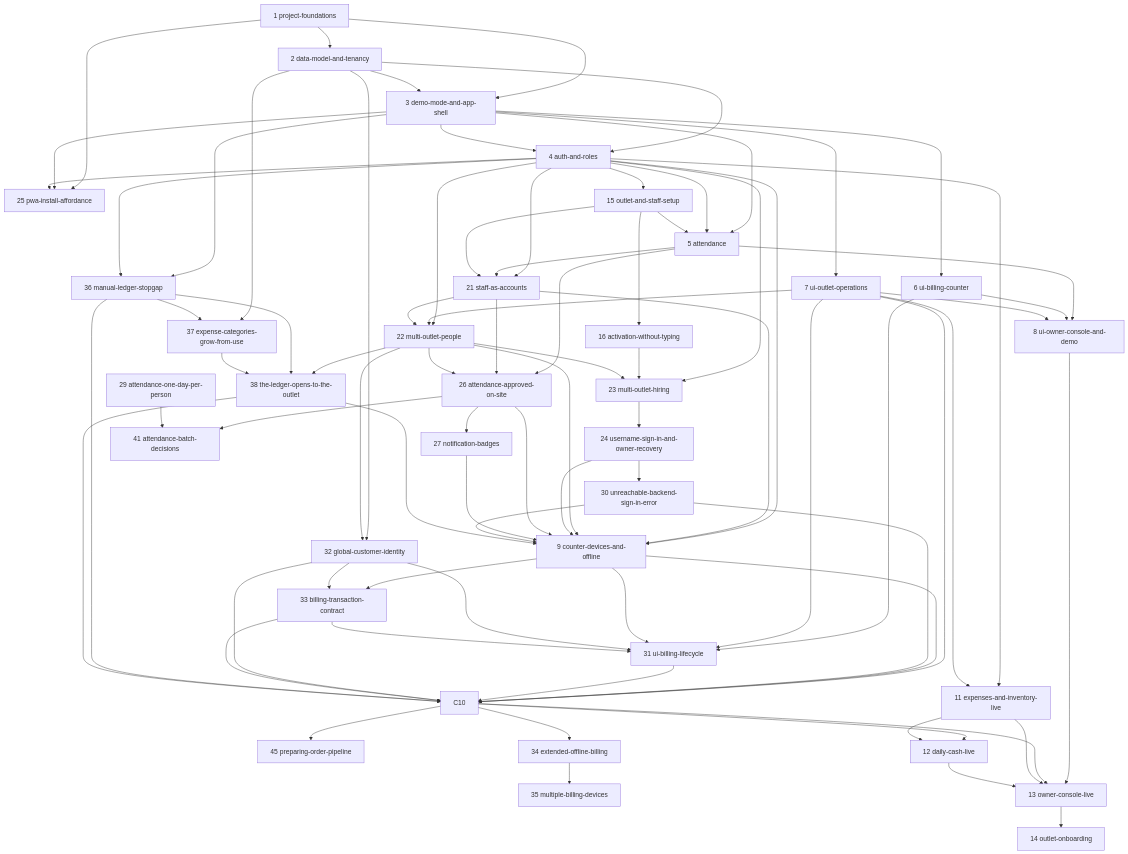
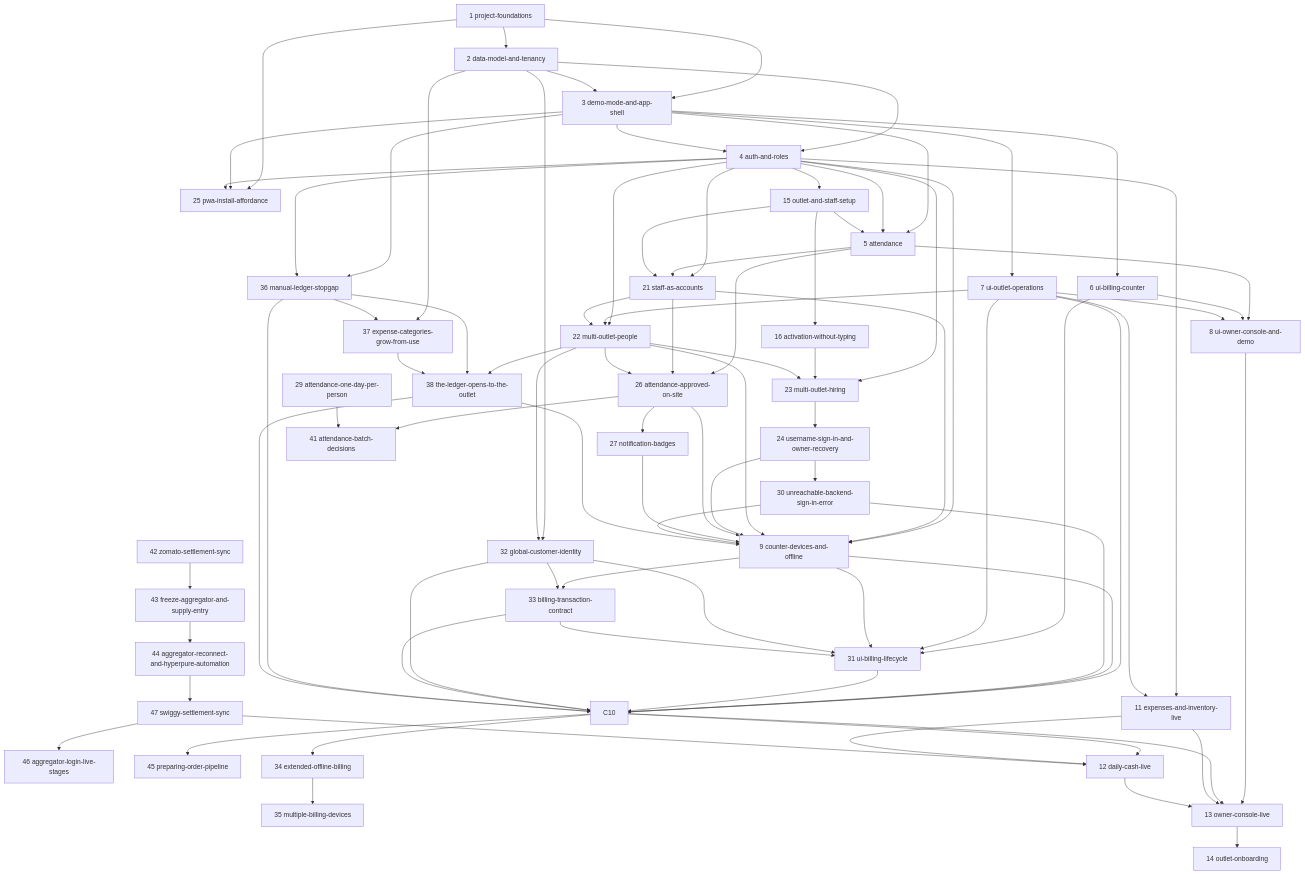
Before and after one commit to abdatta/shawarmania-ops: the diagram in openspec/changes/ROADMAP.md, drawn with Mermaid. The commit also changed other lines of this file and 10 other files, not shown here.

```diff
--- a/openspec/changes/ROADMAP.md
+++ b/openspec/changes/ROADMAP.md
@@ -234,6 +235,10 @@
     C33 --> C10
     C36 --> C10
     C38 --> C10
+    C42[42 zomato-settlement-sync] --> C43[43 freeze-aggregator-and-supply-entry]
+    C43 --> C44[44 aggregator-reconnect-and-hyperpure-automation]
+    C44 --> C47[47 swiggy-settlement-sync]
+    C47 --> C46[46 aggregator-login-live-stages]
     C10 --> C45[45 preparing-order-pipeline]
     C10 --> C34[34 extended-offline-billing]
     C34 --> C35[35 multiple-billing-devices]
@@ -241,6 +246,7 @@
     C7 --> C11
     C10 --> C12[12 daily-cash-live]
     C11 --> C12
+    C47 --> C12
     C8 --> C13[13 owner-console-live]
     C10 --> C13
     C11 --> C13
```
